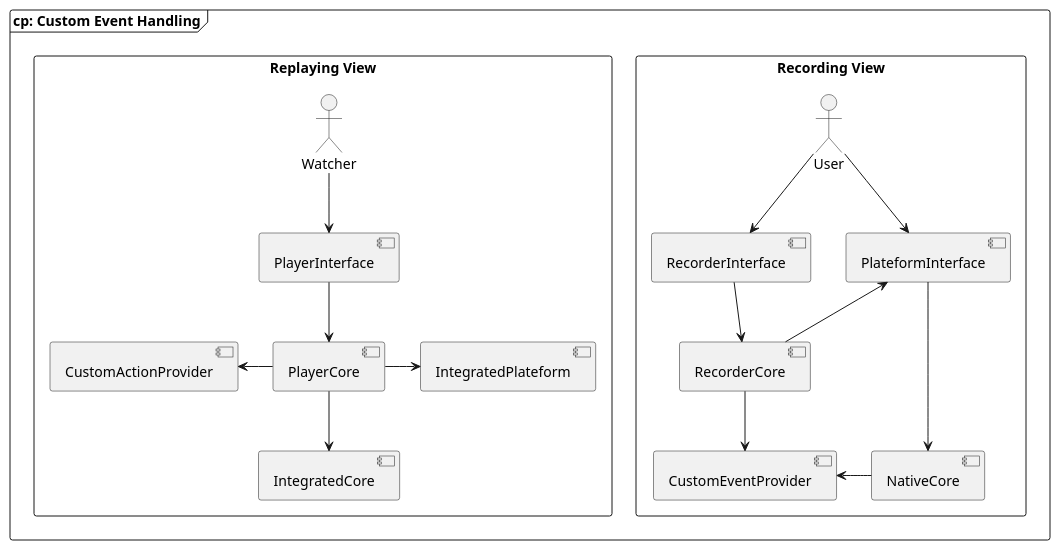
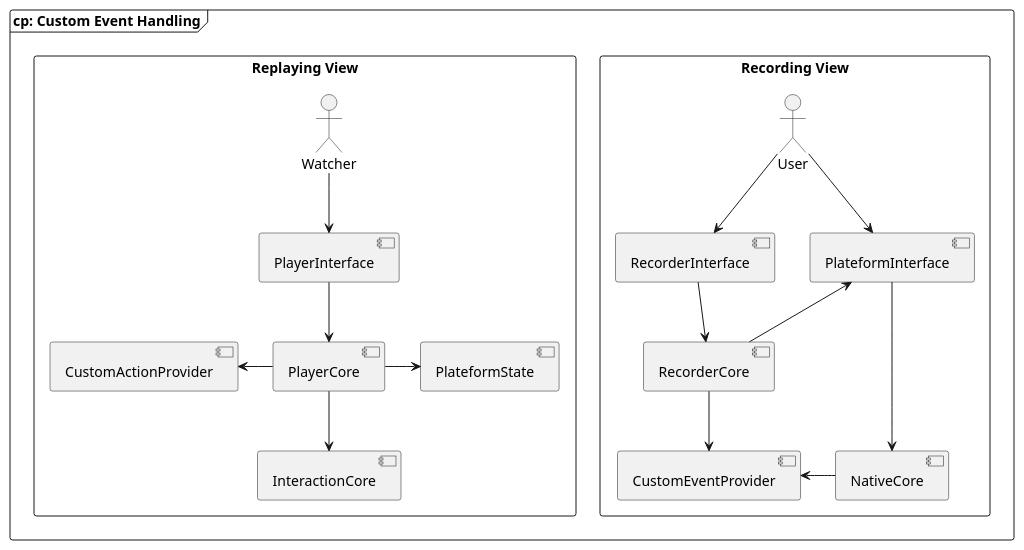
One commit to SSMM0498/arkad-conception changed the diagram in models/6.Component/4.customevent.puml. Above: the diagram before and after it, drawn with PlantUML. The commit also changed 3 other files, not shown here.

```diff
--- a/models/6.Component/4.customevent.puml
+++ b/models/6.Component/4.customevent.puml
@@ -1,27 +1,28 @@
 @startuml "Custom Event Handling Component Diagram"
 skinparam shadowing false
 skinparam monochrome true
 
 frame "cp: Custom Event Handling" {
     rectangle "Recording View" {
         actor "User" as U
         U -down-> [PlateformInterface]
         U -down-> [RecorderInterface]
         [RecorderCore] -down-> [CustomEventProvider]
         [PlateformInterface] <-down- [RecorderCore]
         [PlateformInterface] -down-> [NativeCore]
         [NativeCore] -left-> [CustomEventProvider]
         [RecorderCore] <-up- [RecorderInterface]
     }
 
     rectangle "Replaying View" {
         actor "Watcher" as W
+
         W -down-> [PlayerInterface]
         [PlayerCore] -left-> [CustomActionProvider]
+        [PlayerCore] -right-> [PlateformState]
         [PlayerCore] <-up- [PlayerInterface]
-        [PlayerCore] -down-> [IntegratedCore]
-        [PlayerCore] -right-> [IntegratedPlateform]
+        [PlayerCore] -down-> [InteractionCore]
     }
 }
 
 @enduml
```
